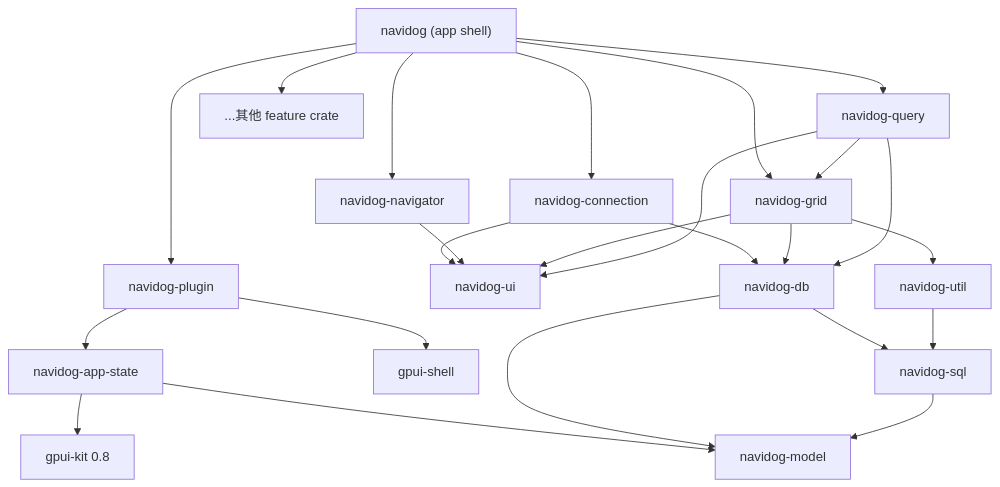
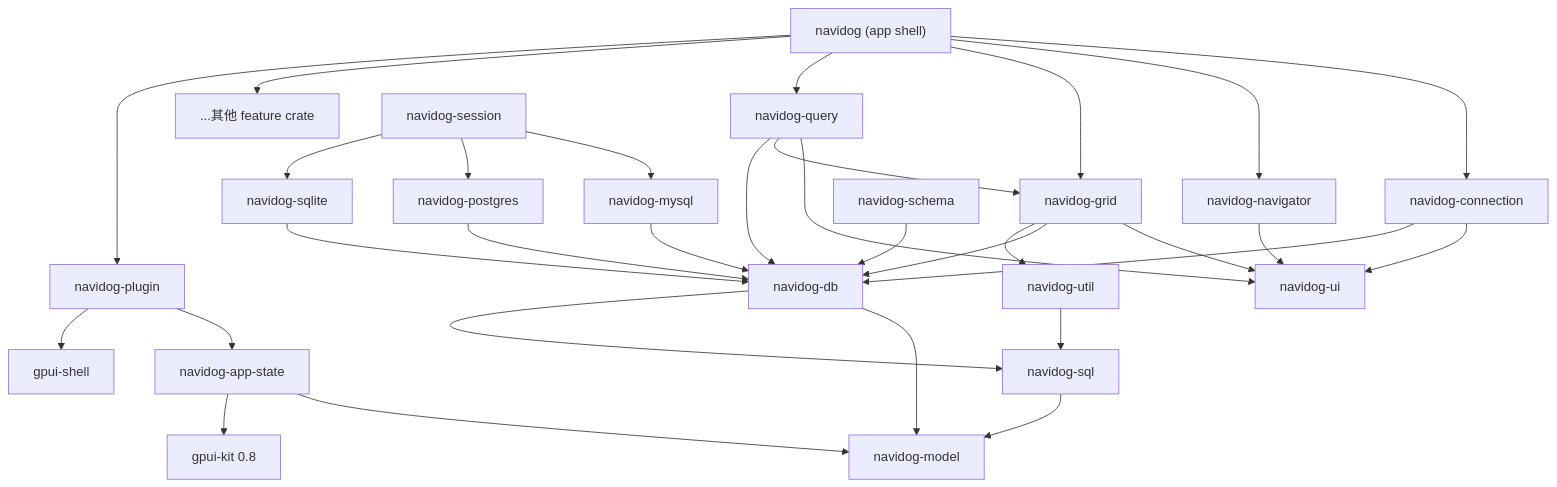
The first of 2 diagrams in docs/design/00-overview.md (xhofe/navidog), drawn with Mermaid before and after one commit. The commit also changed other lines of this file and 132 other files, not shown here.

````diff
--- a/docs/design/00-overview.md
+++ b/docs/design/00-overview.md
@@ -89,26 +89,33 @@
 ```mermaid
 flowchart TD
   shell["navidog (app shell)"] --> featConn[navidog-connection]
   shell --> featNav[navidog-navigator]
   shell --> featGrid[navidog-grid]
   shell --> featQuery[navidog-query]
   shell --> featMore["...其他 feature crate"]
   shell --> plugin[navidog-plugin]
   featConn --> ui[navidog-ui]
   featNav --> ui
   featGrid --> ui
   featQuery --> ui
   featConn --> db[navidog-db]
   featGrid --> db
   featGrid --> util[navidog-util]
   featQuery --> featGrid
   featQuery --> db
   plugin --> appState[navidog-app-state]
   plugin --> gpuiShell[gpui-shell]
   appState --> model[navidog-model]
   db --> model
   db --> sql[navidog-sql]
   sql --> model
   util --> sql
+  mysql[navidog-mysql] --> db
+  pg[navidog-postgres] --> db
+  sqlite[navidog-sqlite] --> db
+  session[navidog-session] --> mysql
+  session --> pg
+  session --> sqlite
+  schema[navidog-schema] --> db
   appState --> kit["gpui-kit 0.8"]
 ```
````
